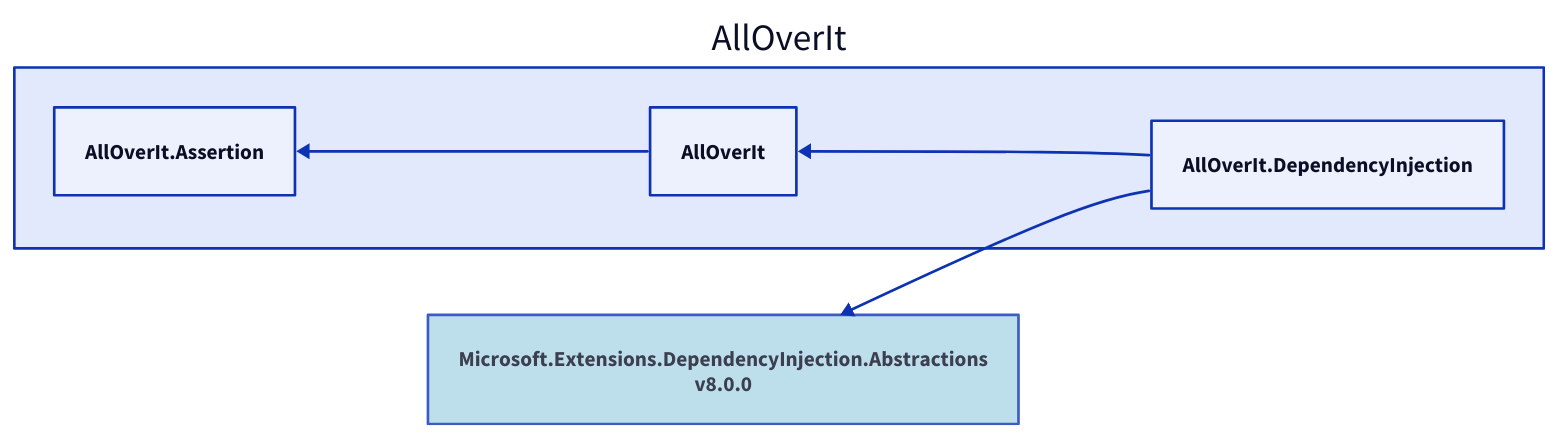
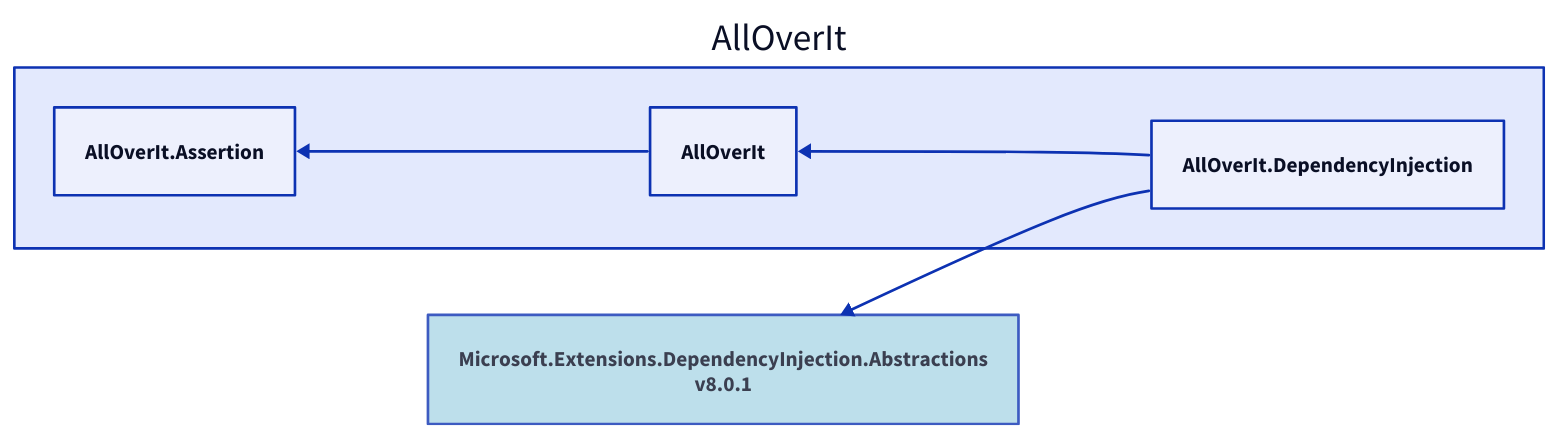
The diagram in Docs/Reference/Content/images/dependencies/net8.0/alloverit-dependencyinjection.d2 (mjfreelancing/AllOverIt), drawn with D2 before and after one commit. The commit also changed 288 other files, not shown here.

```diff
--- a/Docs/Reference/Content/images/dependencies/net8.0/alloverit-dependencyinjection.d2
+++ b/Docs/Reference/Content/images/dependencies/net8.0/alloverit-dependencyinjection.d2
@@ -1,12 +1,12 @@
 direction: left
 
 aoi: AllOverIt
 aoi.alloverit-dependencyinjection: AllOverIt.DependencyInjection
-microsoft-extensions-dependencyinjection-abstractions_8-0-0: Microsoft.Extensions.DependencyInjection.Abstractions\nv8.0.0
-microsoft-extensions-dependencyinjection-abstractions_8-0-0.style.fill: "#ADD8E6"
-microsoft-extensions-dependencyinjection-abstractions_8-0-0.style.opacity: 0.8
-microsoft-extensions-dependencyinjection-abstractions_8-0-0 <- aoi.alloverit-dependencyinjection
+microsoft-extensions-dependencyinjection-abstractions_8-0-1: Microsoft.Extensions.DependencyInjection.Abstractions\nv8.0.1
+microsoft-extensions-dependencyinjection-abstractions_8-0-1.style.fill: "#ADD8E6"
+microsoft-extensions-dependencyinjection-abstractions_8-0-1.style.opacity: 0.8
+microsoft-extensions-dependencyinjection-abstractions_8-0-1 <- aoi.alloverit-dependencyinjection
 aoi.alloverit: AllOverIt
 aoi.alloverit-assertion: AllOverIt.Assertion
 aoi.alloverit-assertion <- aoi.alloverit
 aoi.alloverit <- aoi.alloverit-dependencyinjection
```
